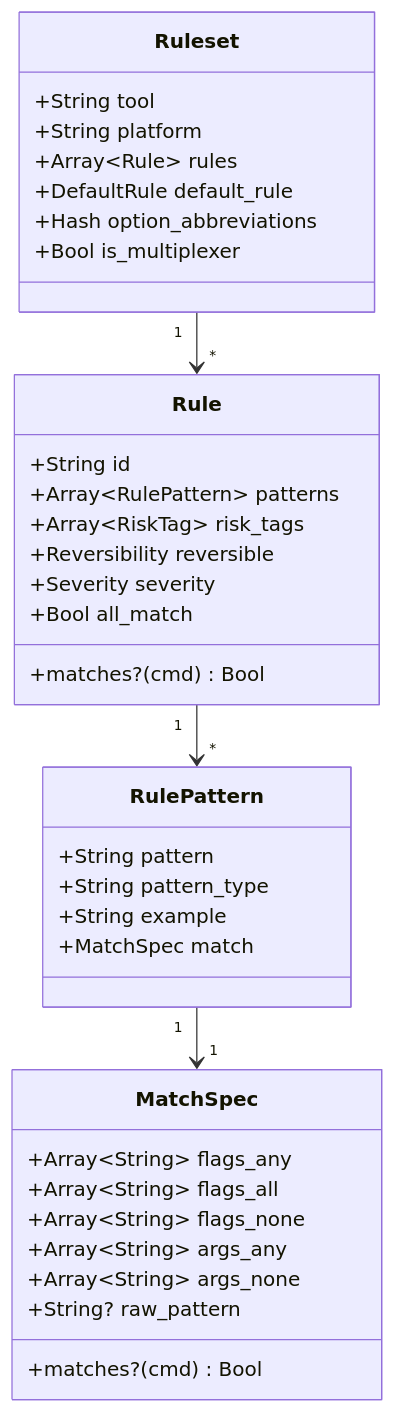
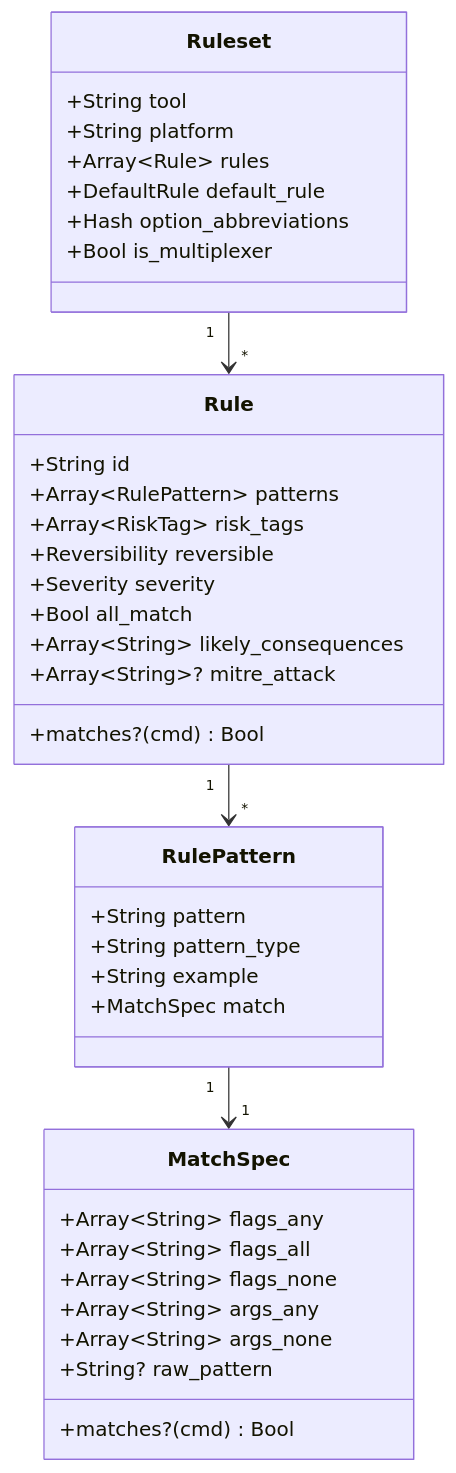
One commit to ModelArmy/commandant.cr changed the fifth of 9 diagrams in DEVELOPMENT.md. Above: the diagram before and after it, drawn with Mermaid. The commit also changed other lines of this file and 11 other files, not shown here.

````diff
--- a/DEVELOPMENT.md
+++ b/DEVELOPMENT.md
@@ -167,38 +167,40 @@
 ```mermaid
 classDiagram
     class Ruleset {
         +String tool
         +String platform
         +Array~Rule~ rules
         +DefaultRule default_rule
         +Hash option_abbreviations
         +Bool is_multiplexer
     }
     class Rule {
         +String id
         +Array~RulePattern~ patterns
         +Array~RiskTag~ risk_tags
         +Reversibility reversible
         +Severity severity
         +Bool all_match
+        +Array~String~ likely_consequences
+        +Array~String~? mitre_attack
         +matches?(cmd) Bool
     }
     class RulePattern {
         +String pattern
         +String pattern_type
         +String example
         +MatchSpec match
     }
     class MatchSpec {
         +Array~String~ flags_any
         +Array~String~ flags_all
         +Array~String~ flags_none
         +Array~String~ args_any
         +Array~String~ args_none
         +String? raw_pattern
         +matches?(cmd) Bool
     }
     Ruleset "1" --> "*" Rule
     Rule "1" --> "*" RulePattern
     RulePattern "1" --> "1" MatchSpec
 ```
````
